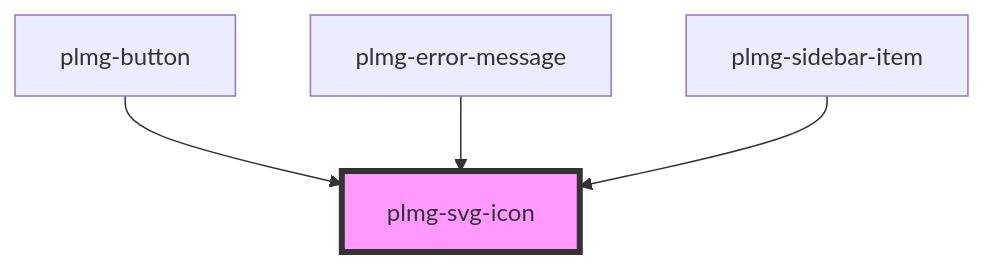
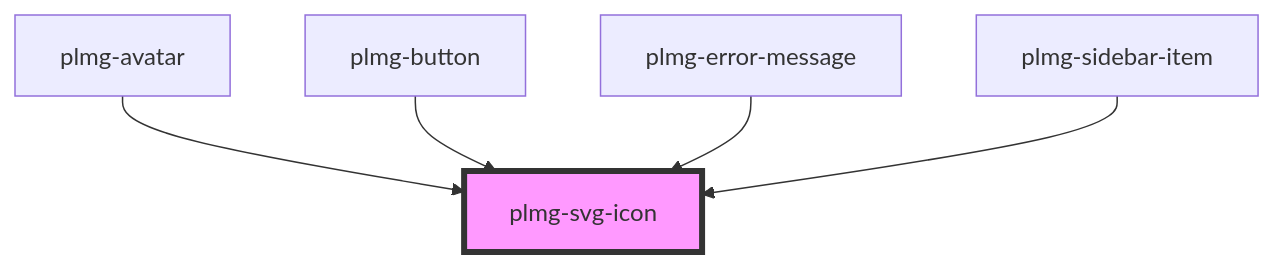
Before and after one commit to DuckyTeam/Plumage: the diagram in packages/component-library/src/components/plmg-svg-icon/readme.md, drawn with Mermaid. The commit also changed other lines of this file and 1 other file, not shown here.

Commit message:
docs(readme): add auto-generated docs

````diff
--- a/packages/component-library/src/components/plmg-svg-icon/readme.md
+++ b/packages/component-library/src/components/plmg-svg-icon/readme.md
@@ -26,7 +27,8 @@
 ```mermaid
 graph TD;
+  plmg-avatar --> plmg-svg-icon
   plmg-button --> plmg-svg-icon
   plmg-error-message --> plmg-svg-icon
   plmg-sidebar-item --> plmg-svg-icon
   style plmg-svg-icon fill:#f9f,stroke:#333,stroke-width:4px
 ```
````
